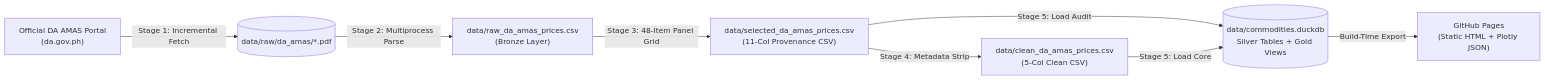
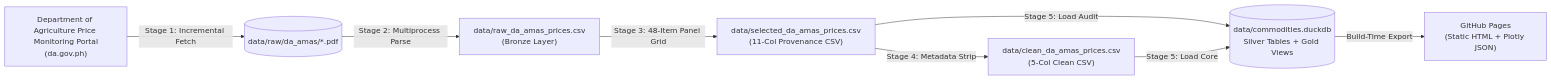
One commit to LeinnarF/Philippine-Commodity-Price-Tracker changed the second of 2 diagrams in docs/stage5_duckdb_implementation_plan.md. Above: the diagram before and after it, drawn with Mermaid. The commit also changed other lines of this file and 17 other files, not shown here.

Commit message:
refactor: rename DA AMAS mentions to Department of Agriculture price monitoring

````diff
--- a/docs/stage5_duckdb_implementation_plan.md
+++ b/docs/stage5_duckdb_implementation_plan.md
@@ -86,10 +86,10 @@
 ```mermaid
 flowchart LR
-    DA["Official DA AMAS Portal<br/>(da.gov.ph)"] -->|Stage 1: Incremental Fetch| PDFs[("data/raw/da_amas/*.pdf")]
+    DA["Department of Agriculture Price Monitoring Portal<br/>(da.gov.ph)"] -->|Stage 1: Incremental Fetch| PDFs[("data/raw/da_amas/*.pdf")]
     PDFs -->|Stage 2: Multiprocess Parse| RAW["data/raw_da_amas_prices.csv<br/>(Bronze Layer)"]
     RAW -->|Stage 3: 48-Item Panel Grid| SEL["data/selected_da_amas_prices.csv<br/>(11-Col Provenance CSV)"]
     SEL -->|Stage 4: Metadata Strip| CLEAN["data/clean_da_amas_prices.csv<br/>(5-Col Clean CSV)"]
     SEL -->|Stage 5: Load Audit| DDB[("data/commodities.duckdb<br/>Silver Tables + Gold Views")]
     CLEAN -->|Stage 5: Load Core| DDB
     DDB -->|Build-Time Export| PAGES["GitHub Pages<br/>(Static HTML + Plotly JSON)"]
 ```
````
